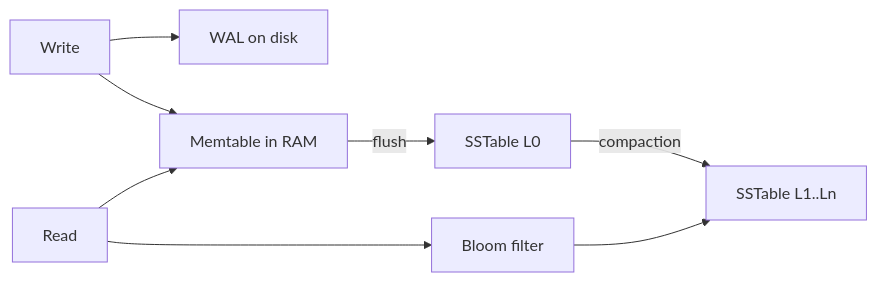
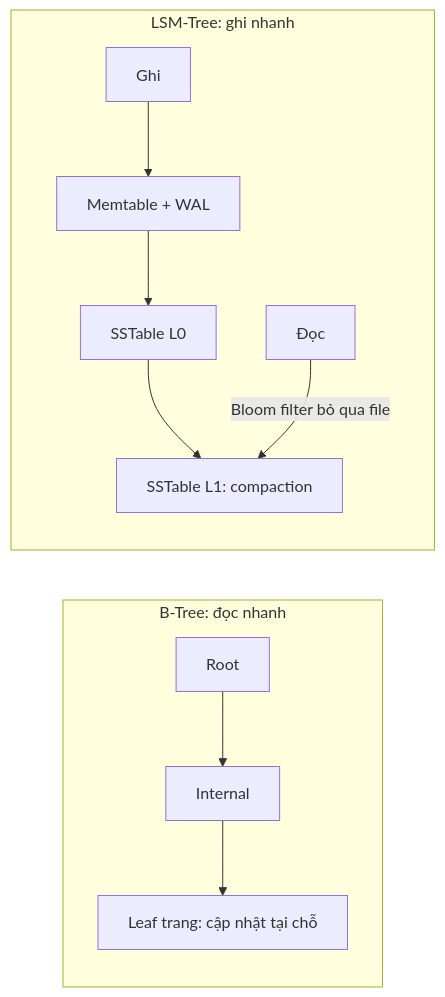
Before and after one commit to passion-Infinity/personal-tech-playbook: the diagram in src/assets/knowledge/playbooks/backend/db-indexing-storage-engines.md, drawn with Mermaid. The commit also changed other lines of this file and 6 other files, not shown here.

````diff
--- a/src/assets/knowledge/playbooks/backend/db-indexing-storage-engines.md
+++ b/src/assets/knowledge/playbooks/backend/db-indexing-storage-engines.md
@@ -21,9 +36,10 @@
 ```mermaid
 flowchart LR
-    W[Write] --> WAL[WAL on disk]
-    W --> MEM[Memtable in RAM]
-    MEM -->|flush| S0[SSTable L0]
-    S0 -->|compaction| S1[SSTable L1..Ln]
-    R[Read] --> MEM
-    R --> BF[Bloom filter] --> S1
+    subgraph B["B-Tree: đọc nhanh"]
+        R["Root"] --> I1["Internal"] --> L1["Leaf trang: cập nhật tại chỗ"]
+    end
+    subgraph L["LSM-Tree: ghi nhanh"]
+        W["Ghi"] --> M["Memtable + WAL"] --> S0["SSTable L0"] --> S1["SSTable L1: compaction"]
+        RD["Đọc"] -->|"Bloom filter bỏ qua file"| S1
+    end
 ```
````
